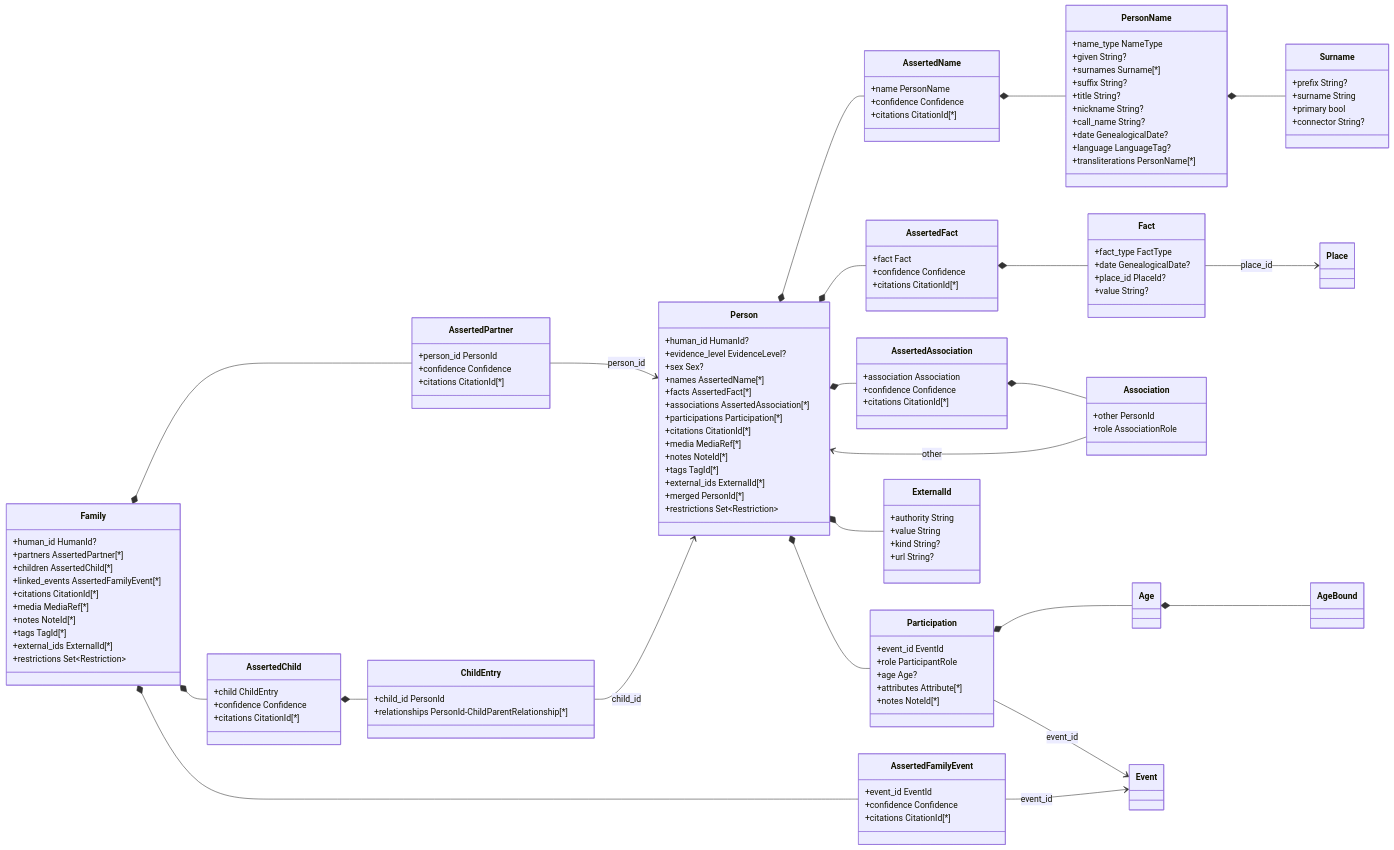
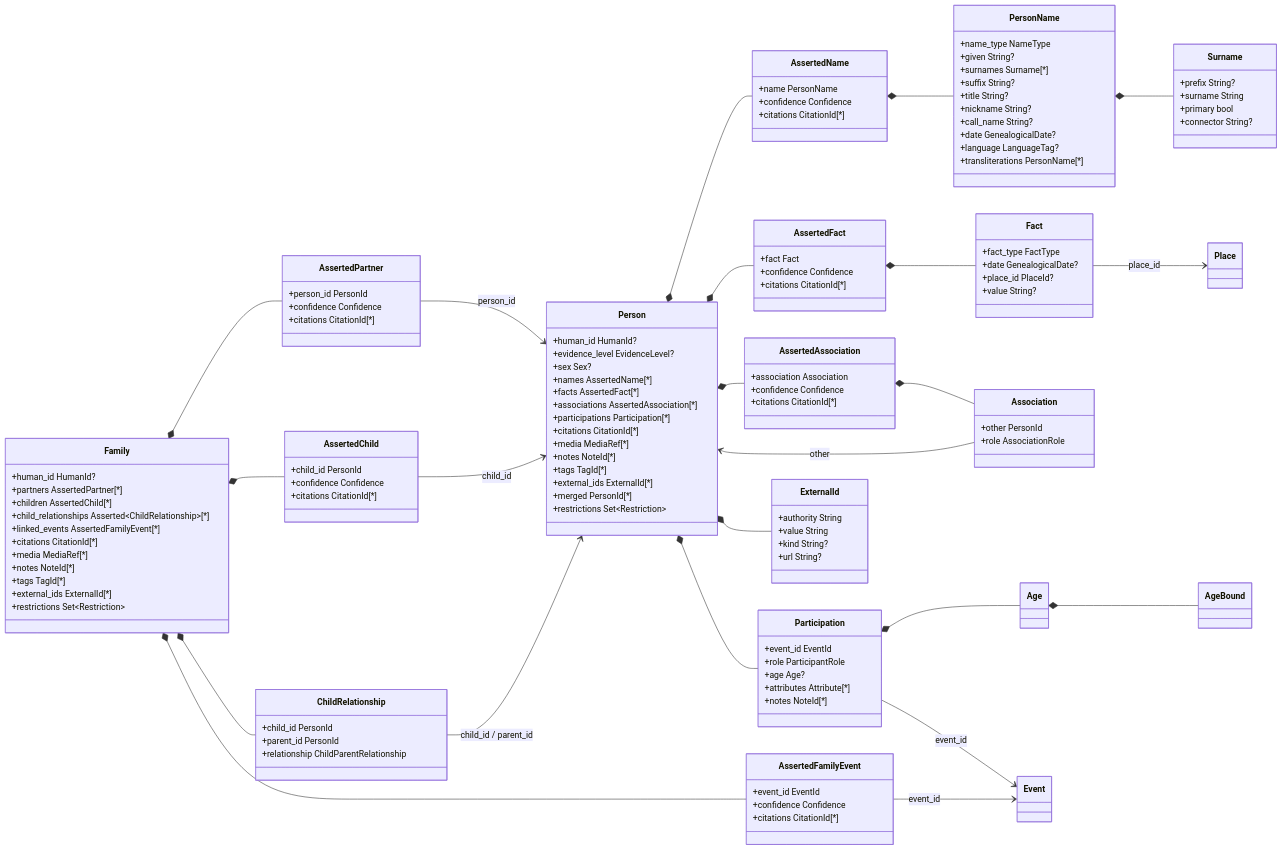
One commit to magne/vitni changed the third of 7 diagrams in docs/data-model-diagram.md. Above: the diagram before and after it, drawn with Mermaid. The commit also changed other lines of this file and 3 other files, not shown here.

First line of the commit message:
docs: record the child-relationship split (ADR 0021, finding 4)

````diff
--- a/docs/data-model-diagram.md
+++ b/docs/data-model-diagram.md
@@ -250,6 +250,7 @@
         +human_id HumanId?
         +partners AssertedPartner[*]
         +children AssertedChild[*]
+        +child_relationships Asserted~ChildRelationship~[*]
         +linked_events AssertedFamilyEvent[*]
         +citations CitationId[*]
         +media MediaRef[*]
@@ -264,13 +265,14 @@
         +citations CitationId[*]
     }
     class AssertedChild {
-        +child ChildEntry
+        +child_id PersonId
         +confidence Confidence
         +citations CitationId[*]
     }
-    class ChildEntry {
+    class ChildRelationship {
         +child_id PersonId
-        +relationships PersonId-ChildParentRelationship[*]
+        +parent_id PersonId
+        +relationship ChildParentRelationship
     }
     class AssertedFamilyEvent {
         +event_id EventId
@@ -291,13 +293,14 @@
     Person *-- ExternalId
     Family *-- AssertedPartner
     Family *-- AssertedChild
-    AssertedChild *-- ChildEntry
+    Family *-- ChildRelationship
     Family *-- AssertedFamilyEvent
 
     Association --> Person : other
     Participation --> Event : event_id
     Fact --> Place : place_id
     AssertedPartner --> Person : person_id
-    ChildEntry --> Person : child_id
+    AssertedChild --> Person : child_id
+    ChildRelationship --> Person : child_id / parent_id
     AssertedFamilyEvent --> Event : event_id
 ```
````
